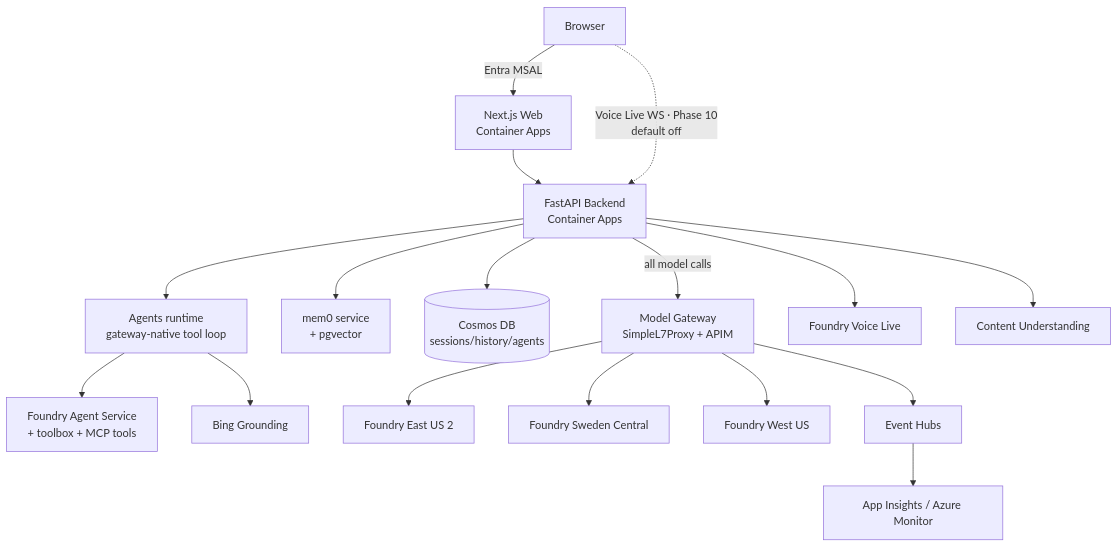
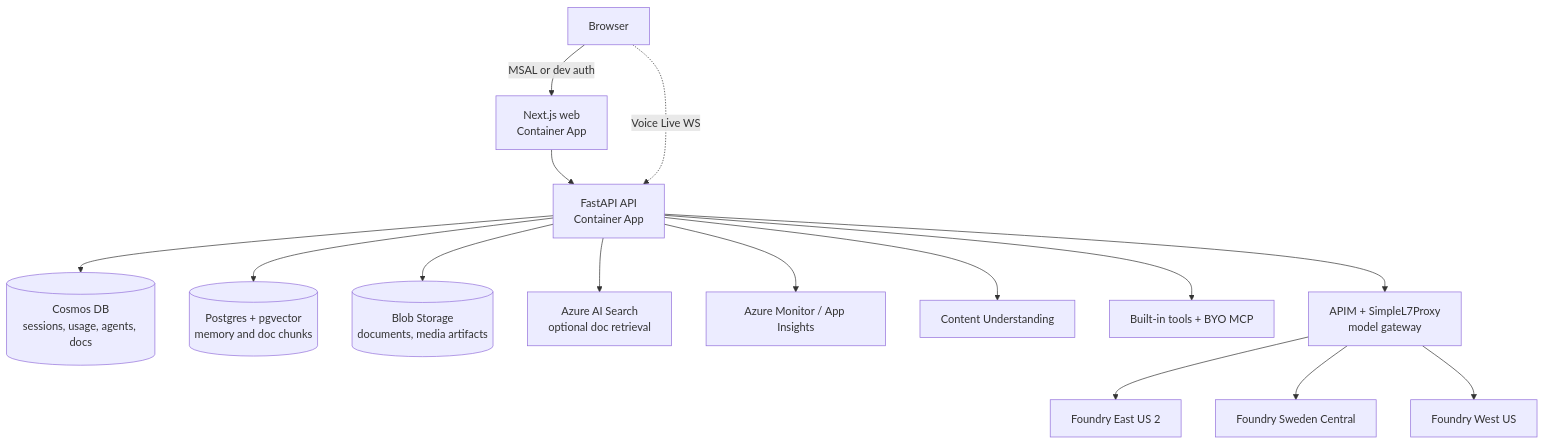
The diagram in docs/architecture.md (ian-t-adams/AI4IA), drawn with Mermaid before and after one commit. The commit also changed other lines of this file and 219 other files, not shown here.

````diff
--- a/docs/architecture.md
+++ b/docs/architecture.md
@@ -8,18 +11,17 @@
 ```mermaid
 flowchart TB
-  User[Browser] -->|Entra MSAL| Web[Next.js Web<br/>Container Apps]
-  Web --> API[FastAPI Backend<br/>Container Apps]
-  API --> Agents[Agents runtime<br/>gateway-native tool loop]
-  API --> Mem[mem0 service<br/>+ pgvector]
-  API --> Cosmos[(Cosmos DB<br/>sessions/history/agents)]
-  Agents --> Foundry[Foundry Agent Service<br/>+ toolbox + MCP tools]
-  API -->|all model calls| GW[Model Gateway<br/>SimpleL7Proxy + APIM]
-  GW --> F1[Foundry East US 2]
-  GW --> F2[Foundry Sweden Central]
-  GW --> F3[Foundry West US]
-  GW --> EH[Event Hubs] --> Obs[App Insights / Azure Monitor]
-  Agents --> Bing[Bing Grounding]
-  API --> Voice[Foundry Voice Live]
+  User[Browser] -->|MSAL or dev auth| Web[Next.js web<br/>Container App]
+  Web --> API[FastAPI API<br/>Container App]
+  User -. Voice Live WS .-> API
+  API --> Cosmos[(Cosmos DB<br/>sessions, usage, agents, docs)]
+  API --> Pg[(Postgres + pgvector<br/>memory and doc chunks)]
+  API --> Blob[(Blob Storage<br/>documents, media artifacts)]
+  API --> Search[Azure AI Search<br/>optional doc retrieval]
+  API --> Monitor[Azure Monitor / App Insights]
   API --> CU[Content Understanding]
-  User -.->|Voice Live WS · Phase 10<br/>default off| API
+  API --> Tools[Built-in tools + BYO MCP]
+  API --> GW[APIM + SimpleL7Proxy<br/>model gateway]
+  GW --> EUS2[Foundry East US 2]
+  GW --> SWC[Foundry Sweden Central]
+  GW --> WUS[Foundry West US]
 ```
````
